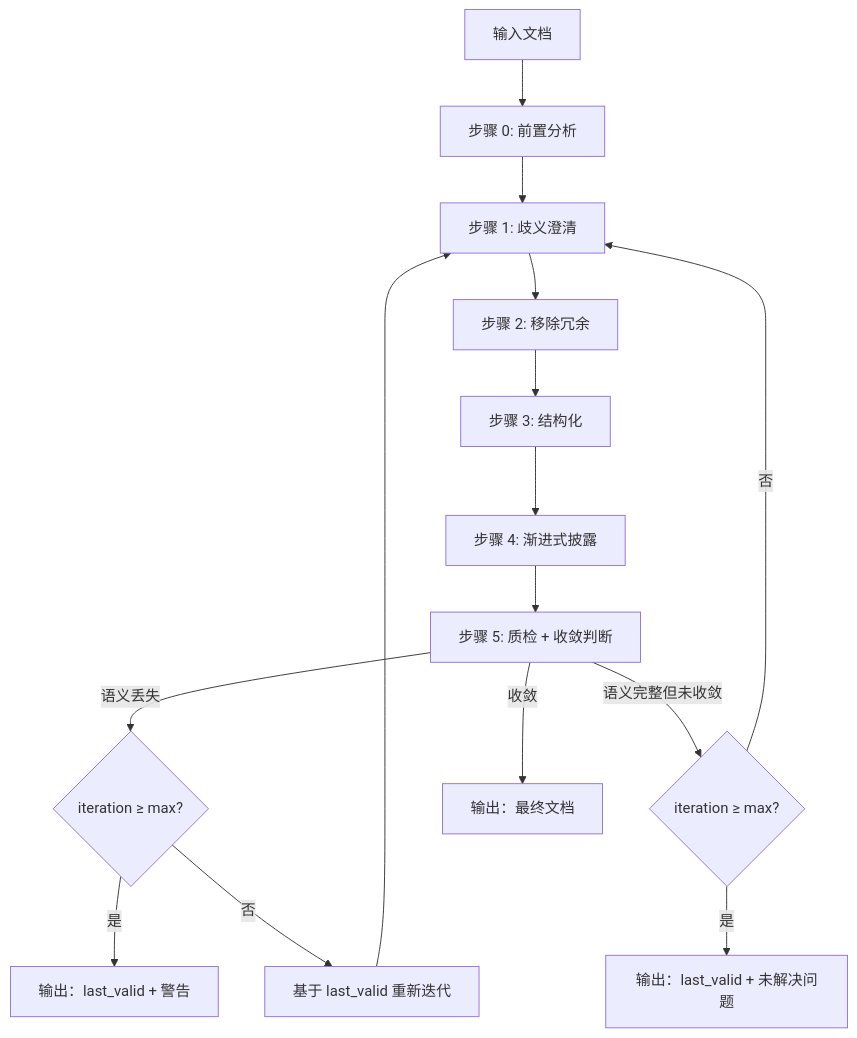
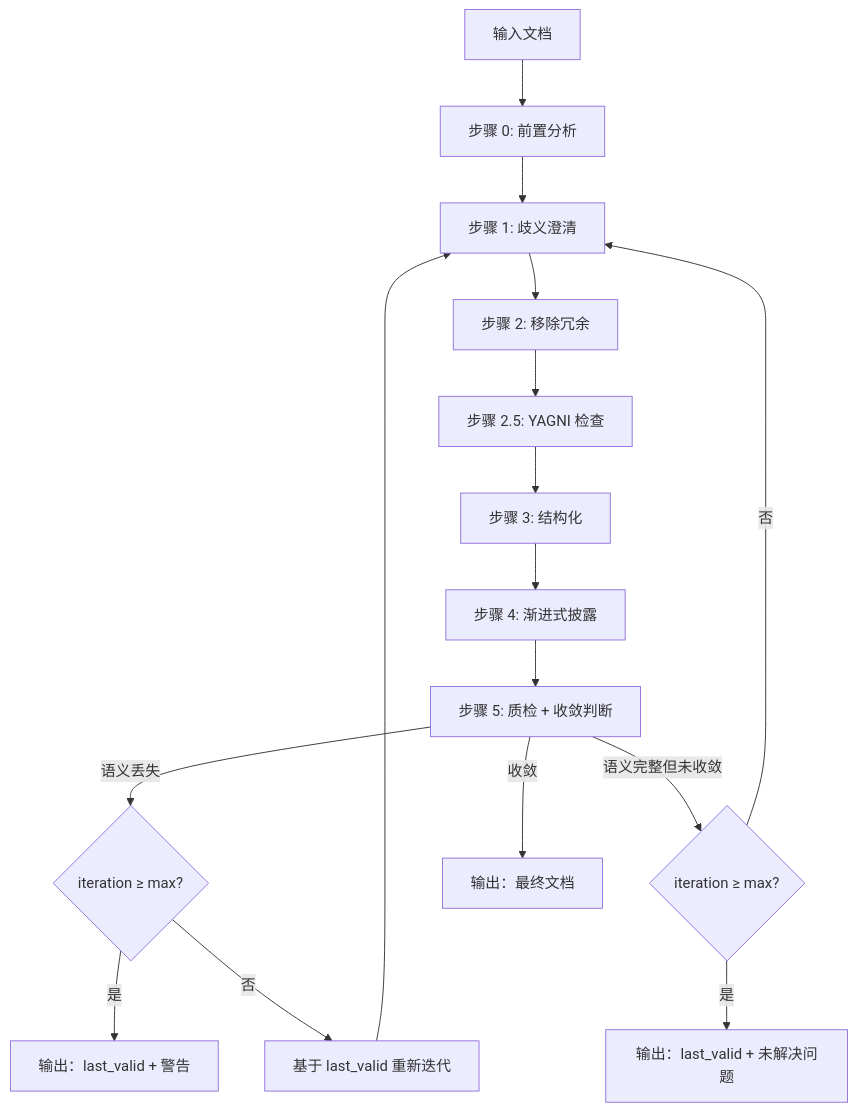
Before and after one commit to Z-JaDe/meta-skill: the diagram in skills/ai-doc-optimizer/SKILL.md, drawn with Mermaid. The commit also changed other lines of this file and 5 other files, not shown here.

````diff
--- a/skills/ai-doc-optimizer/SKILL.md
+++ b/skills/ai-doc-optimizer/SKILL.md
@@ -28,17 +28,18 @@
 ```mermaid
 flowchart TD
     Input[输入文档] --> S0[步骤 0: 前置分析]
     S0 --> S1[步骤 1: 歧义澄清]
     S1 --> S2[步骤 2: 移除冗余]
-    S2 --> S3[步骤 3: 结构化]
+    S2 --> S2_5[步骤 2.5: YAGNI 检查]
+    S2_5 --> S3[步骤 3: 结构化]
     S3 --> S4[步骤 4: 渐进式披露]
     S4 --> S5[步骤 5: 质检 + 收敛判断]
     S5 -->|语义丢失 | SemCheck{iteration ≥ max?}
     SemCheck -->|是 | OutputWarn[输出：last_valid + 警告]
     SemCheck -->|否 | Restart[基于 last_valid 重新迭代]
     Restart --> S1
     S5 -->|语义完整但未收敛 | IterCheck{iteration ≥ max?}
     IterCheck -->|是 | OutputProblems[输出：last_valid + 未解决问题]
     IterCheck -->|否 | S1
     S5 -->|收敛 | Output[输出：最终文档]
 ```
````
